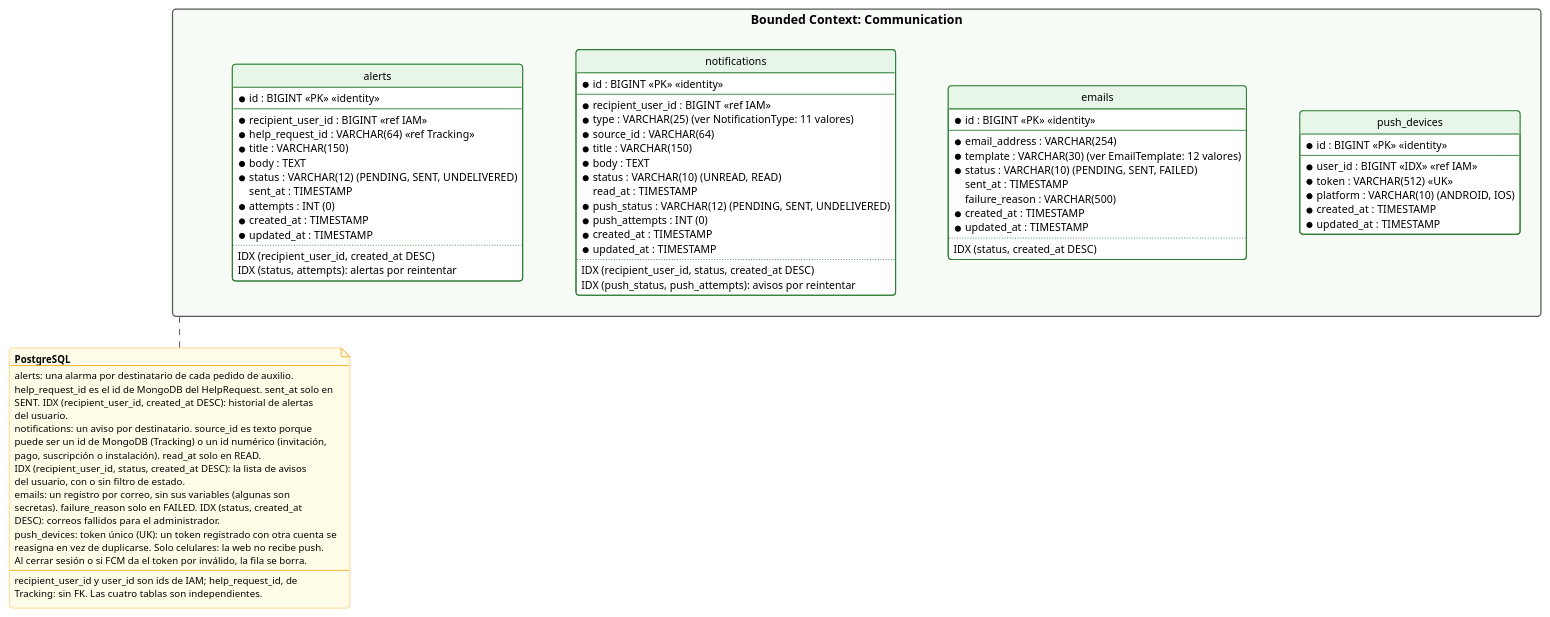
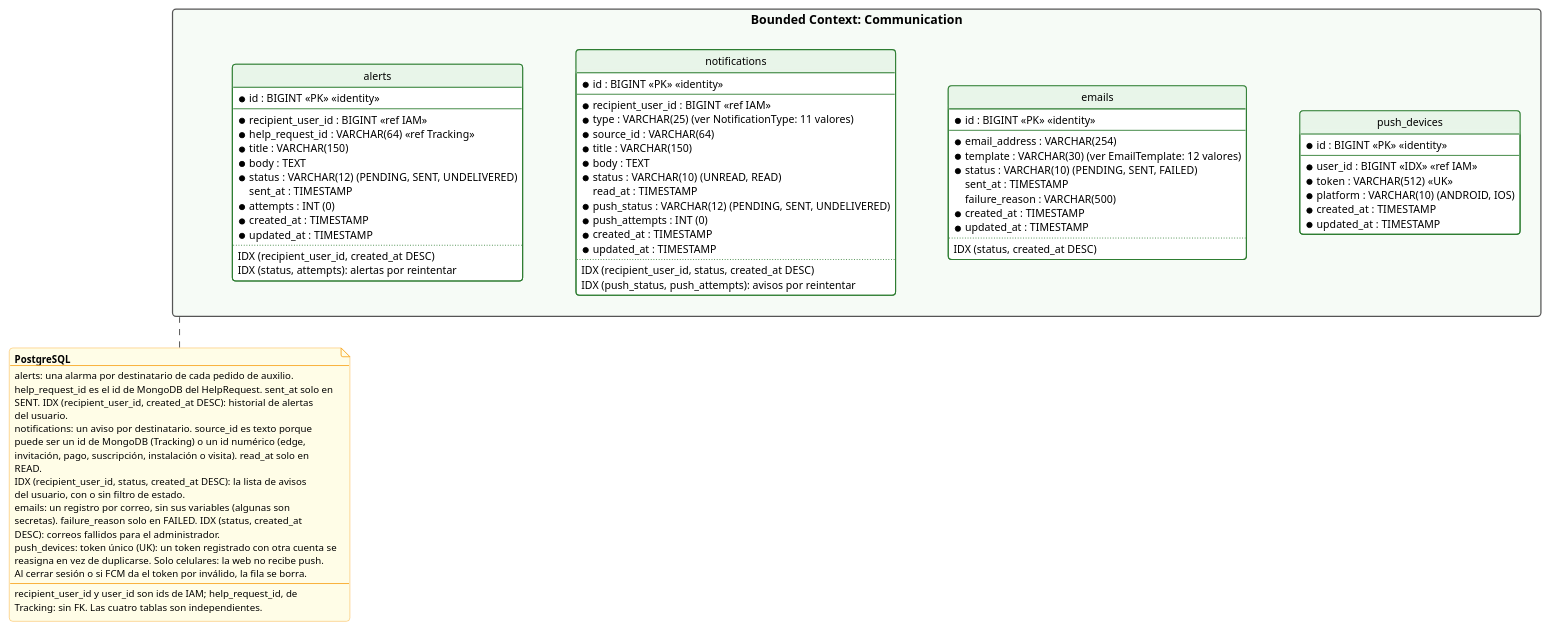
One commit to resolum/aliva-documentation changed the diagram in images/diagrams/code/communication/communication-database-diagram.puml. Above: the diagram before and after it, drawn with PlantUML. The commit also changed 8 other files, not shown here.

Commit message:
feat(diagrams): refine backend and database diagrams for improved clarity and detail in notification and business metrics handling

```diff
--- a/images/diagrams/code/communication/communication-database-diagram.puml
+++ b/images/diagrams/code/communication/communication-database-diagram.puml
@@ -1,120 +1,121 @@
 @startuml
 hide circle
 skinparam packageStyle rectangle
 skinparam linetype ortho
 skinparam shadowing false
 skinparam roundCorner 8
 skinparam defaultFontName Arial
 skinparam defaultFontSize 12
 skinparam nodesep 60
 skinparam ranksep 60
 skinparam class {
   BackgroundColor #FFFFFF
   BorderColor #2E7D32
   BorderThickness 1.2
   HeaderBackgroundColor #E8F5E9
   ArrowColor #444444
 }
 skinparam package {
   BorderColor #555555
   FontStyle bold
   FontSize 14
   BorderThickness 1.4
 }
 skinparam note {
   BackgroundColor #FFFDE7
   BorderColor #F9A825
   FontSize 11
 }
 
 package "Bounded Context: Communication" as ctx_comm #F6FBF6 {
 
   entity "alerts" as alerts {
     * id : BIGINT <<PK>> <<identity>>
     --
     * recipient_user_id : BIGINT <<ref IAM>>
     * help_request_id : VARCHAR(64) <<ref Tracking>>
     * title : VARCHAR(150)
     * body : TEXT
     * status : VARCHAR(12) (PENDING, SENT, UNDELIVERED)
     sent_at : TIMESTAMP
     * attempts : INT (0)
     * created_at : TIMESTAMP
     * updated_at : TIMESTAMP
     ..
     IDX (recipient_user_id, created_at DESC)
     IDX (status, attempts): alertas por reintentar
   }
 
   entity "notifications" as notifications {
     * id : BIGINT <<PK>> <<identity>>
     --
     * recipient_user_id : BIGINT <<ref IAM>>
     * type : VARCHAR(25) (ver NotificationType: 11 valores)
     * source_id : VARCHAR(64)
     * title : VARCHAR(150)
     * body : TEXT
     * status : VARCHAR(10) (UNREAD, READ)
     read_at : TIMESTAMP
     * push_status : VARCHAR(12) (PENDING, SENT, UNDELIVERED)
     * push_attempts : INT (0)
     * created_at : TIMESTAMP
     * updated_at : TIMESTAMP
     ..
     IDX (recipient_user_id, status, created_at DESC)
     IDX (push_status, push_attempts): avisos por reintentar
   }
 
   entity "emails" as emails {
     * id : BIGINT <<PK>> <<identity>>
     --
     * email_address : VARCHAR(254)
     * template : VARCHAR(30) (ver EmailTemplate: 12 valores)
     * status : VARCHAR(10) (PENDING, SENT, FAILED)
     sent_at : TIMESTAMP
     failure_reason : VARCHAR(500)
     * created_at : TIMESTAMP
     * updated_at : TIMESTAMP
     ..
     IDX (status, created_at DESC)
   }
 
   entity "push_devices" as devices {
     * id : BIGINT <<PK>> <<identity>>
     --
     * user_id : BIGINT <<IDX>> <<ref IAM>>
     * token : VARCHAR(512) <<UK>>
     * platform : VARCHAR(10) (ANDROID, IOS)
     * created_at : TIMESTAMP
     * updated_at : TIMESTAMP
   }
 }
 
 alerts -[hidden]right- notifications
 notifications -[hidden]right- emails
 emails -[hidden]right- devices
 
 note bottom of ctx_comm
   <b>PostgreSQL</b>
   --
   alerts: una alarma por destinatario de cada pedido de auxilio.
   help_request_id es el id de MongoDB del HelpRequest. sent_at solo en
   SENT. IDX (recipient_user_id, created_at DESC): historial de alertas
   del usuario.
   notifications: un aviso por destinatario. source_id es texto porque
-  puede ser un id de MongoDB (Tracking) o un id numérico (invitación,
-  pago, suscripción o instalación). read_at solo en READ.
+  puede ser un id de MongoDB (Tracking) o un id numérico (edge,
+  invitación, pago, suscripción, instalación o visita). read_at solo en
+  READ.
   IDX (recipient_user_id, status, created_at DESC): la lista de avisos
   del usuario, con o sin filtro de estado.
   emails: un registro por correo, sin sus variables (algunas son
   secretas). failure_reason solo en FAILED. IDX (status, created_at
   DESC): correos fallidos para el administrador.
   push_devices: token único (UK): un token registrado con otra cuenta se
   reasigna en vez de duplicarse. Solo celulares: la web no recibe push.
   Al cerrar sesión o si FCM da el token por inválido, la fila se borra.
   --
   recipient_user_id y user_id son ids de IAM; help_request_id, de
   Tracking: sin FK. Las cuatro tablas son independientes.
 end note
 
 @enduml
```
